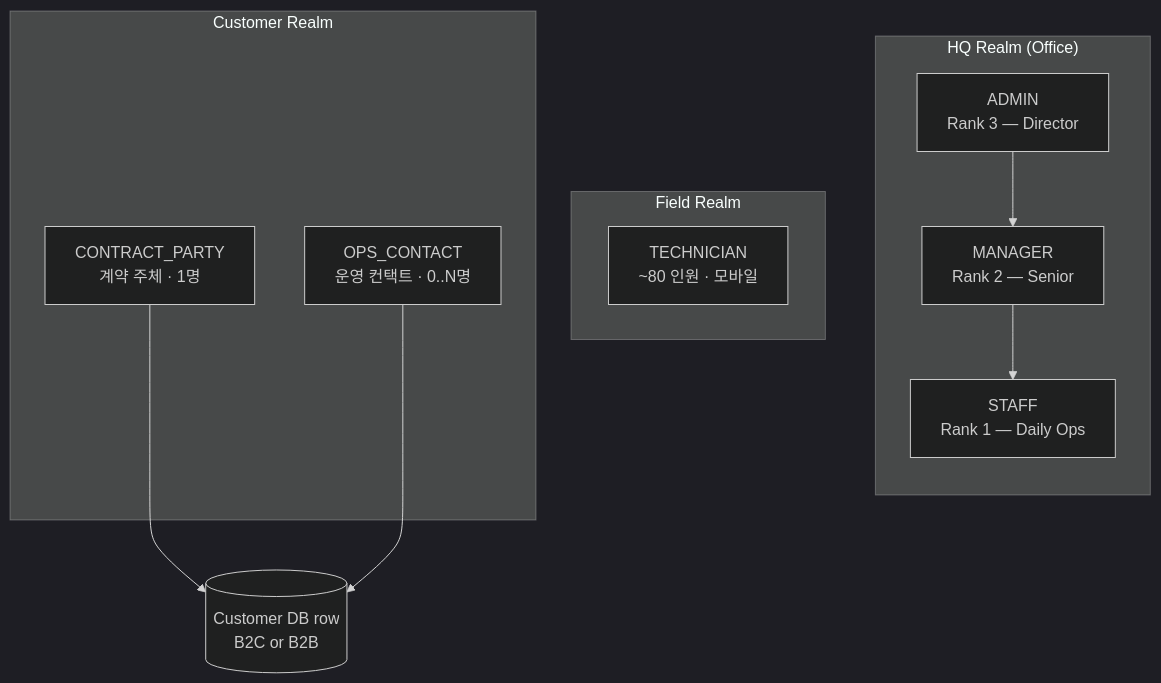
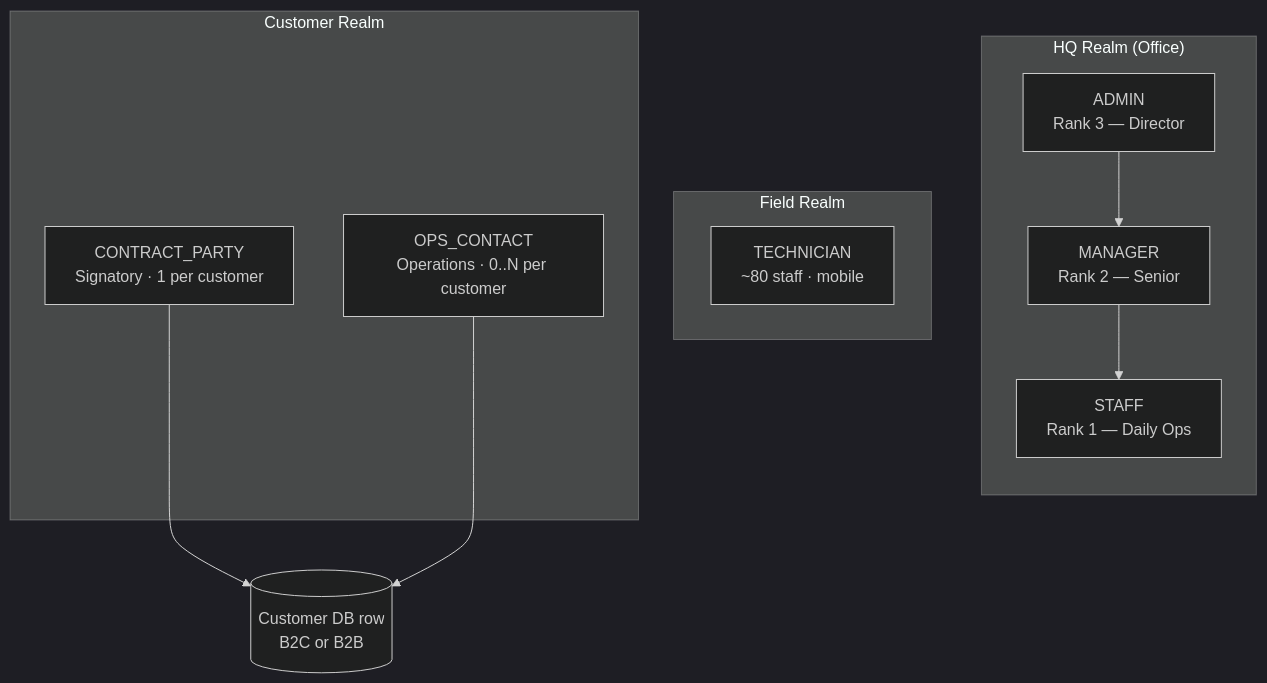
One commit to JoJakeTaemoon/jakes-home-appliances-soms changed the second of 43 diagrams in docs/USER_WORKFLOWS.md. Above: the diagram before and after it, drawn with Mermaid (dark theme). The commit also changed other lines of this file and 1 other file, not shown here.

First line of the commit message:
docs(workflows): add per-Part summary diagrams to HOW_TO_USE.md + translate USER_WORKFLOWS.md to English

````diff
--- a/docs/USER_WORKFLOWS.md
+++ b/docs/USER_WORKFLOWS.md
@@ -81,23 +81,23 @@
 ```mermaid
 flowchart TB
   subgraph HQ["HQ Realm (Office)"]
     direction TB
     ADMIN["ADMIN<br/>Rank 3 — Director"]
     MANAGER["MANAGER<br/>Rank 2 — Senior"]
     STAFF["STAFF<br/>Rank 1 — Daily Ops"]
     ADMIN --> MANAGER --> STAFF
   end
 
   subgraph Field["Field Realm"]
-    TECH["TECHNICIAN<br/>~80 인원 · 모바일"]
+    TECH["TECHNICIAN<br/>~80 staff · mobile"]
   end
 
   subgraph Portal["Customer Realm"]
-    CP["CONTRACT_PARTY<br/>계약 주체 · 1명"]
-    OPS["OPS_CONTACT<br/>운영 컨택트 · 0..N명"]
+    CP["CONTRACT_PARTY<br/>Signatory · 1 per customer"]
+    OPS["OPS_CONTACT<br/>Operations · 0..N per customer"]
   end
 
   Customer[("Customer DB row<br/>B2C or B2B")]
   CP --> Customer
   OPS --> Customer
 ```
````
